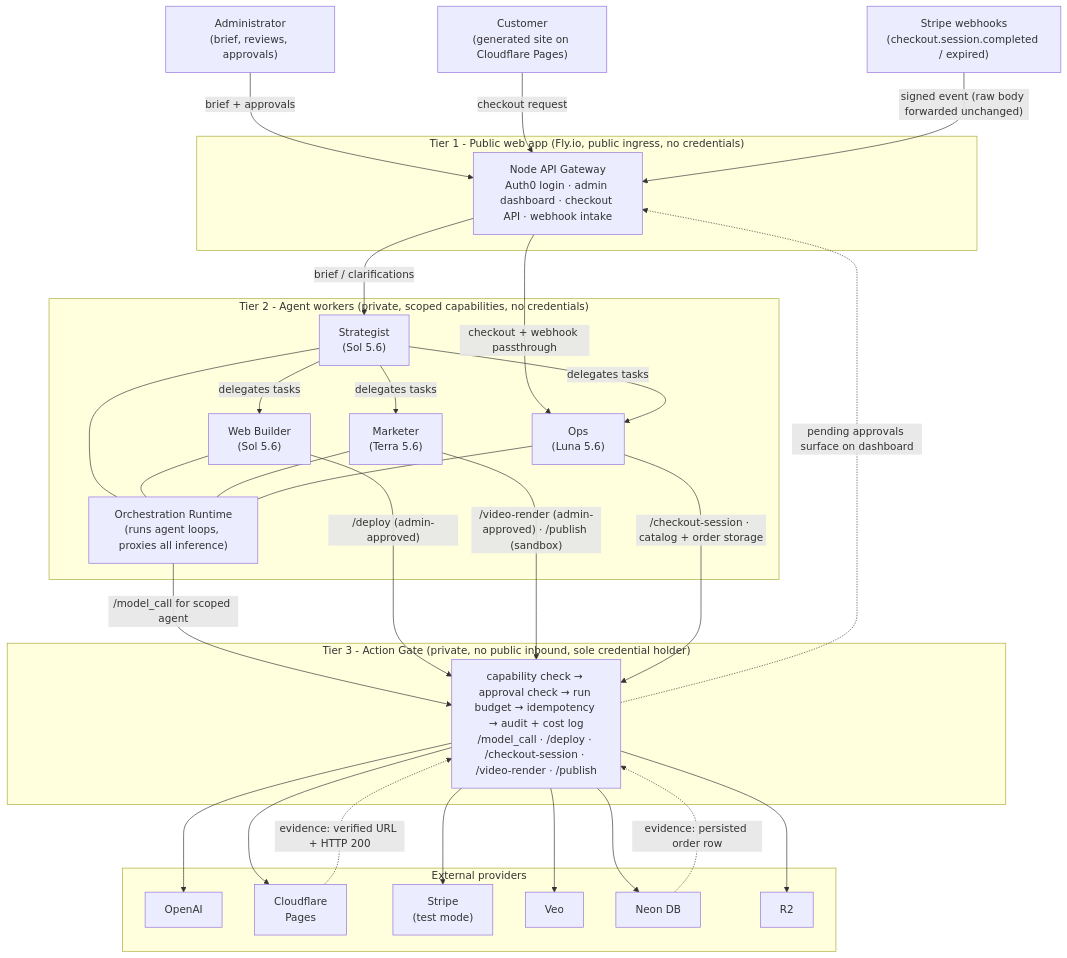
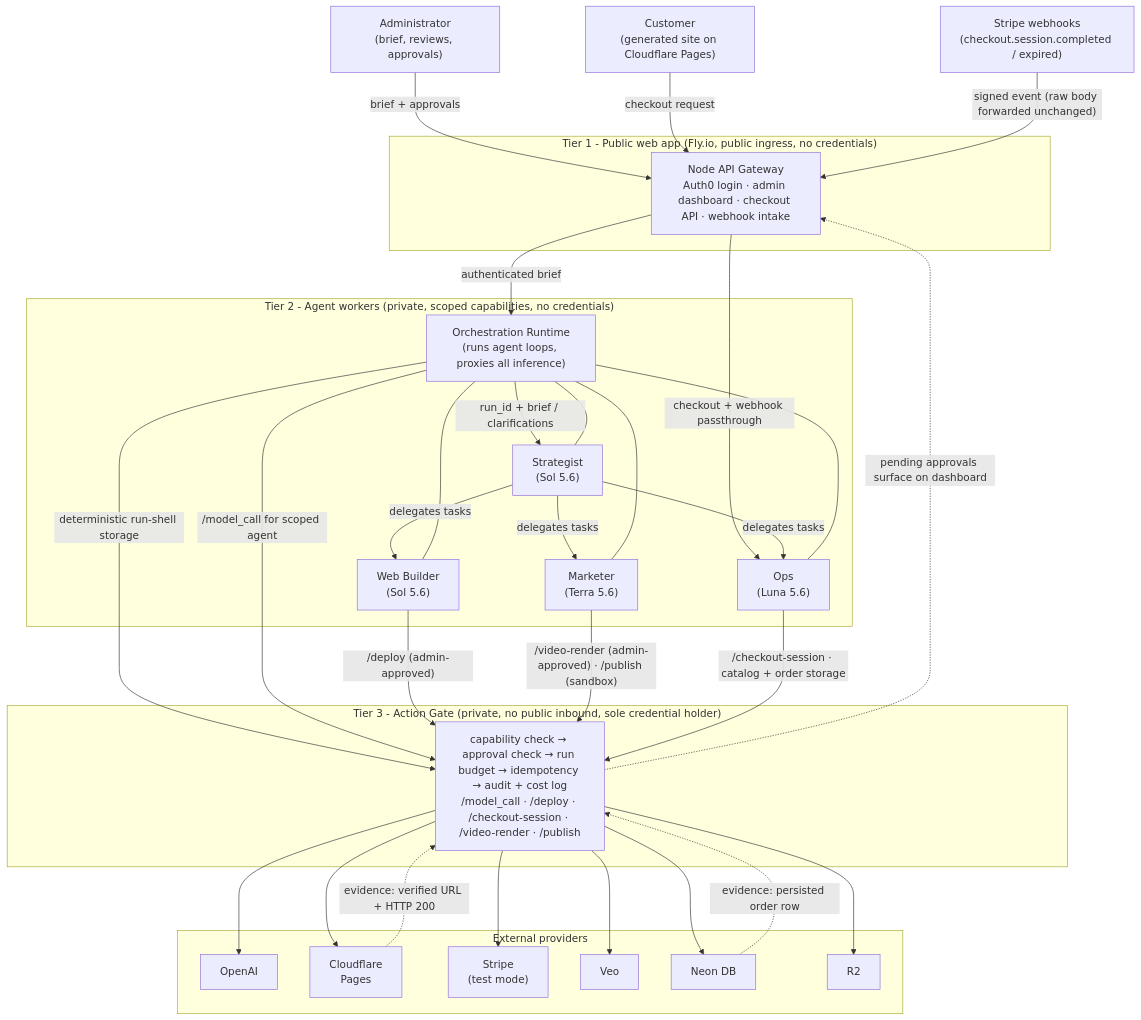
Before and after one commit to naveeda11/multi-agent-course: the diagram in FDE/Assignment_4_Final_Epyhia/DESIGN.md, drawn with Mermaid. The commit also changed other lines of this file, not shown here.

Commit message:
make run-shell creation deterministic

````diff
--- a/FDE/Assignment_4_Final_Epyhia/DESIGN.md
+++ b/FDE/Assignment_4_Final_Epyhia/DESIGN.md
@@ -104,62 +105,64 @@
 ```mermaid
 flowchart TD
     Admin["Administrator<br/>(brief, reviews, approvals)"]
     Customer["Customer<br/>(generated site on Cloudflare Pages)"]
     StripeWH["Stripe webhooks<br/>(checkout.session.completed / expired)"]
 
     subgraph T1["Tier 1 - Public web app (Fly.io, public ingress, no credentials)"]
         API["Node API Gateway<br/>Auth0 login · admin dashboard · checkout API · webhook intake"]
     end
 
     subgraph T2["Tier 2 - Agent workers (private, scoped capabilities, no credentials)"]
         Runtime["Orchestration Runtime<br/>(runs agent loops, proxies all inference)"]
         Strategist["Strategist<br/>(Sol 5.6)"]
         WebBuilder["Web Builder<br/>(Sol 5.6)"]
         Marketer["Marketer<br/>(Terra 5.6)"]
         Ops["Ops<br/>(Luna 5.6)"]
     end
 
     subgraph T3["Tier 3 - Action Gate (private, no public inbound, sole credential holder)"]
         Gate["capability check → approval check → run budget → idempotency → audit + cost log<br/>/model_call · /deploy · /checkout-session · /video-render · /publish"]
     end
 
     subgraph EXT["External providers"]
         OpenAI["OpenAI"]
         CF["Cloudflare<br/>Pages"]
         Stripe["Stripe<br/>(test mode)"]
         Veo["Veo"]
         Neon["Neon DB"]
         R2["R2"]
     end
 
     Admin -->|brief + approvals| API
     Customer -->|checkout request| API
     StripeWH -->|"signed event (raw body forwarded unchanged)"| API
 
-    API -->|brief / clarifications| Strategist
+    API -->|authenticated brief| Runtime
+    Runtime -->|deterministic run-shell storage| Gate
+    Runtime -->|run_id + brief / clarifications| Strategist
     API -->|checkout + webhook passthrough| Ops
     Strategist -->|delegates tasks| WebBuilder
     Strategist -->|delegates tasks| Marketer
     Strategist -->|delegates tasks| Ops
 
     Strategist --- Runtime
     WebBuilder --- Runtime
     Marketer --- Runtime
     Ops --- Runtime
     Runtime -->|"/model_call for scoped agent"| Gate
 
     WebBuilder -->|"/deploy (admin-approved)"| Gate
     Marketer -->|"/video-render (admin-approved) · /publish (sandbox)"| Gate
     Ops -->|"/checkout-session · catalog + order storage"| Gate
 
     Gate -.->|"pending approvals surface on dashboard"| API
     CF -.->|"evidence: verified URL + HTTP 200"| Gate
     Neon -.->|"evidence: persisted order row"| Gate
 
     Gate --> OpenAI
     Gate --> CF
     Gate --> Stripe
     Gate --> Veo
     Gate --> Neon
     Gate --> R2
 ```
````
